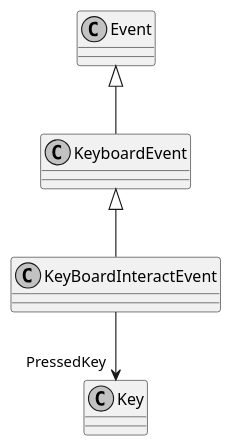
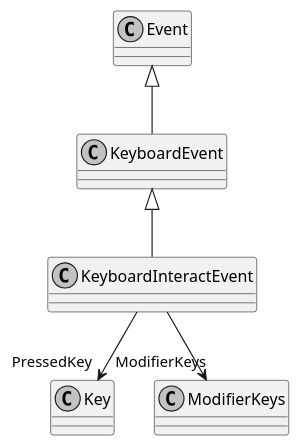
Before and after one commit to insightmind/MORR: the diagram in documents/sd/plantuml/application/Modules/Keyboard/Events/KeyBoardInteractEvent.puml, drawn with PlantUML. The commit also changed 10 other files, not shown here.

```diff
--- a/documents/sd/plantuml/application/Modules/Keyboard/Events/KeyBoardInteractEvent.puml
+++ b/documents/sd/plantuml/application/Modules/Keyboard/Events/KeyBoardInteractEvent.puml
@@ -1,10 +1,11 @@
 @startuml
 skinparam monochrome true
 skinparam classAttributeIconSize 0
 
-class KeyBoardInteractEvent {
+class KeyboardInteractEvent {
 }
-KeyboardEvent <|-- KeyBoardInteractEvent
+KeyboardEvent <|-- KeyboardInteractEvent
 Event <|-- KeyboardEvent
-KeyBoardInteractEvent --> "PressedKey" Key
+KeyboardInteractEvent --> "PressedKey" Key
+KeyboardInteractEvent --> "ModifierKeys" ModifierKeys
 @enduml
```
